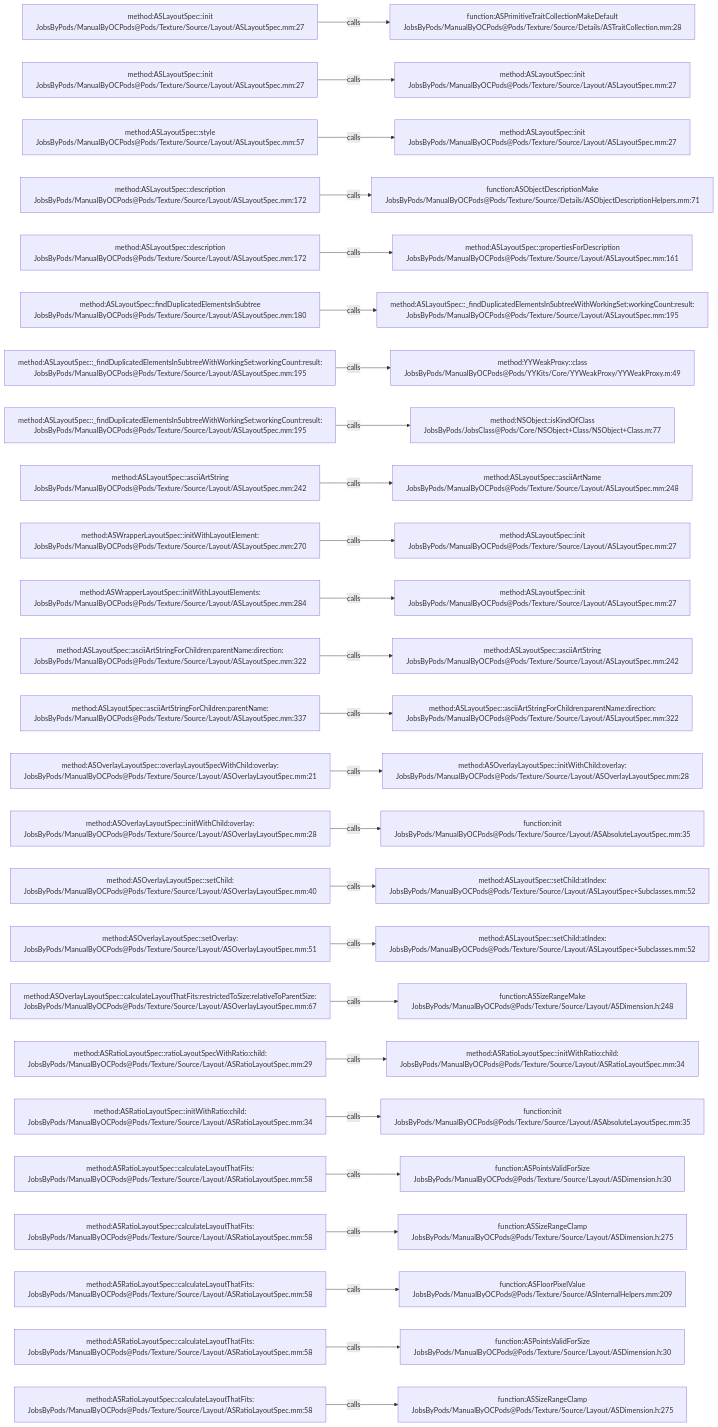
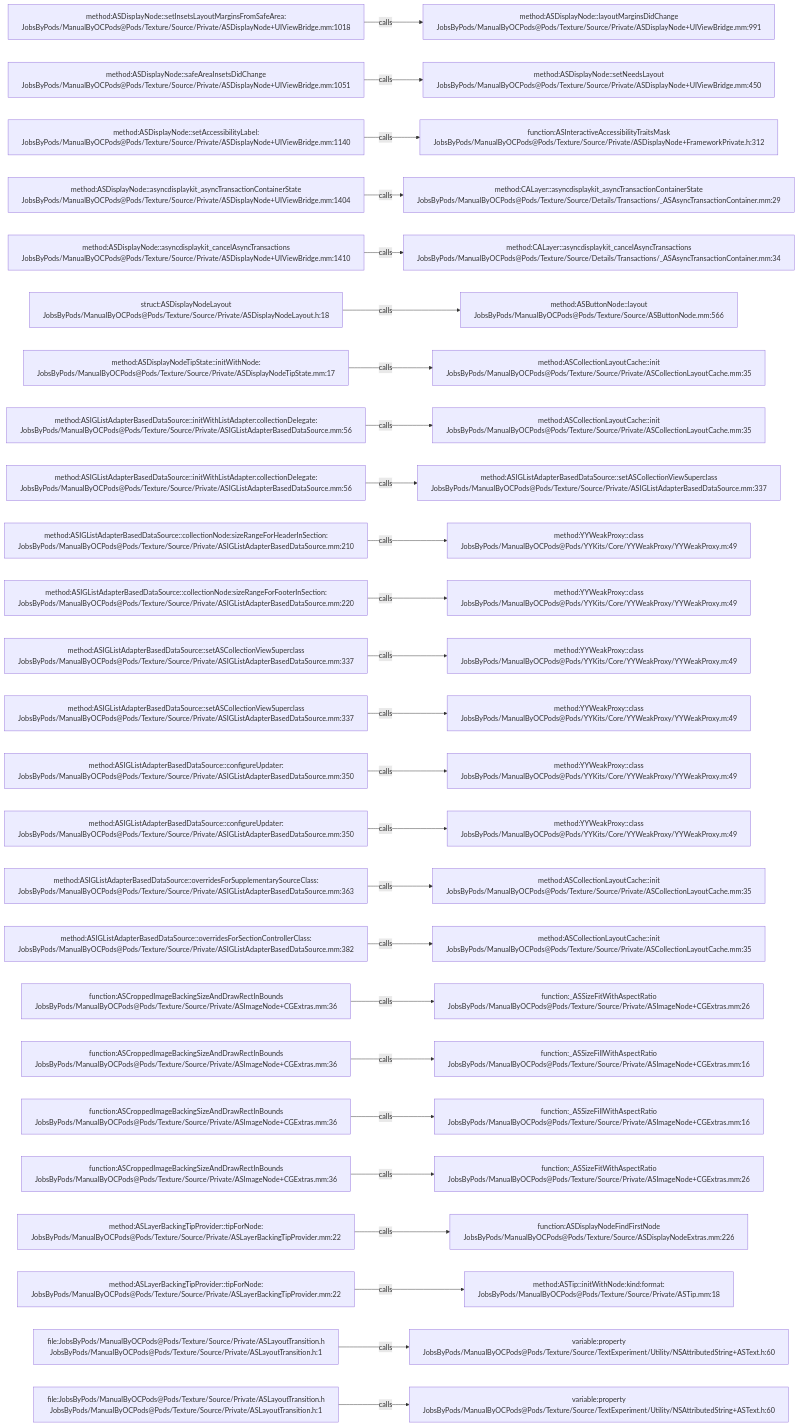
One commit to JobsKits/JobsOCBaseConfigDemo changed the diagram in .codegraph/codegraph.md/graphs/calls-173.md. Above: the diagram before and after it, drawn with Mermaid. The commit also changed 2723 other files, not shown here.

````diff
--- a/.codegraph/codegraph.md/graphs/calls-173.md
+++ b/.codegraph/codegraph.md/graphs/calls-173.md
@@ -13,78 +13,78 @@
 ```mermaid
 flowchart LR
-  S1["method:ASLayoutSpec::init<br/>JobsByPods/ManualByOCPods@Pods/Texture/Source/Layout/ASLayoutSpec.mm:27"]
-  T1["function:ASPrimitiveTraitCollectionMakeDefault<br/>JobsByPods/ManualByOCPods@Pods/Texture/Source/Details/ASTraitCollection.mm:28"]
+  S1["method:ASDisplayNode::setInsetsLayoutMarginsFromSafeArea:<br/>JobsByPods/ManualByOCPods@Pods/Texture/Source/Private/ASDisplayNode+UIViewBridge.mm:1018"]
+  T1["method:ASDisplayNode::layoutMarginsDidChange<br/>JobsByPods/ManualByOCPods@Pods/Texture/Source/Private/ASDisplayNode+UIViewBridge.mm:991"]
   S1 -->|calls| T1
-  S2["method:ASLayoutSpec::init<br/>JobsByPods/ManualByOCPods@Pods/Texture/Source/Layout/ASLayoutSpec.mm:27"]
-  T2["method:ASLayoutSpec::init<br/>JobsByPods/ManualByOCPods@Pods/Texture/Source/Layout/ASLayoutSpec.mm:27"]
+  S2["method:ASDisplayNode::safeAreaInsetsDidChange<br/>JobsByPods/ManualByOCPods@Pods/Texture/Source/Private/ASDisplayNode+UIViewBridge.mm:1051"]
+  T2["method:ASDisplayNode::setNeedsLayout<br/>JobsByPods/ManualByOCPods@Pods/Texture/Source/Private/ASDisplayNode+UIViewBridge.mm:450"]
   S2 -->|calls| T2
-  S3["method:ASLayoutSpec::style<br/>JobsByPods/ManualByOCPods@Pods/Texture/Source/Layout/ASLayoutSpec.mm:57"]
-  T3["method:ASLayoutSpec::init<br/>JobsByPods/ManualByOCPods@Pods/Texture/Source/Layout/ASLayoutSpec.mm:27"]
+  S3["method:ASDisplayNode::setAccessibilityLabel:<br/>JobsByPods/ManualByOCPods@Pods/Texture/Source/Private/ASDisplayNode+UIViewBridge.mm:1140"]
+  T3["function:ASInteractiveAccessibilityTraitsMask<br/>JobsByPods/ManualByOCPods@Pods/Texture/Source/Private/ASDisplayNode+FrameworkPrivate.h:312"]
   S3 -->|calls| T3
-  S4["method:ASLayoutSpec::description<br/>JobsByPods/ManualByOCPods@Pods/Texture/Source/Layout/ASLayoutSpec.mm:172"]
-  T4["function:ASObjectDescriptionMake<br/>JobsByPods/ManualByOCPods@Pods/Texture/Source/Details/ASObjectDescriptionHelpers.mm:71"]
+  S4["method:ASDisplayNode::asyncdisplaykit_asyncTransactionContainerState<br/>JobsByPods/ManualByOCPods@Pods/Texture/Source/Private/ASDisplayNode+UIViewBridge.mm:1404"]
+  T4["method:CALayer::asyncdisplaykit_asyncTransactionContainerState<br/>JobsByPods/ManualByOCPods@Pods/Texture/Source/Details/Transactions/_ASAsyncTransactionContainer.mm:29"]
   S4 -->|calls| T4
-  S5["method:ASLayoutSpec::description<br/>JobsByPods/ManualByOCPods@Pods/Texture/Source/Layout/ASLayoutSpec.mm:172"]
-  T5["method:ASLayoutSpec::propertiesForDescription<br/>JobsByPods/ManualByOCPods@Pods/Texture/Source/Layout/ASLayoutSpec.mm:161"]
+  S5["method:ASDisplayNode::asyncdisplaykit_cancelAsyncTransactions<br/>JobsByPods/ManualByOCPods@Pods/Texture/Source/Private/ASDisplayNode+UIViewBridge.mm:1410"]
+  T5["method:CALayer::asyncdisplaykit_cancelAsyncTransactions<br/>JobsByPods/ManualByOCPods@Pods/Texture/Source/Details/Transactions/_ASAsyncTransactionContainer.mm:34"]
   S5 -->|calls| T5
-  S6["method:ASLayoutSpec::findDuplicatedElementsInSubtree<br/>JobsByPods/ManualByOCPods@Pods/Texture/Source/Layout/ASLayoutSpec.mm:180"]
-  T6["method:ASLayoutSpec::_findDuplicatedElementsInSubtreeWithWorkingSet:workingCount:result:<br/>JobsByPods/ManualByOCPods@Pods/Texture/Source/Layout/ASLayoutSpec.mm:195"]
+  S6["struct:ASDisplayNodeLayout<br/>JobsByPods/ManualByOCPods@Pods/Texture/Source/Private/ASDisplayNodeLayout.h:18"]
+  T6["method:ASButtonNode::layout<br/>JobsByPods/ManualByOCPods@Pods/Texture/Source/ASButtonNode.mm:566"]
   S6 -->|calls| T6
-  S7["method:ASLayoutSpec::_findDuplicatedElementsInSubtreeWithWorkingSet:workingCount:result:<br/>JobsByPods/ManualByOCPods@Pods/Texture/Source/Layout/ASLayoutSpec.mm:195"]
-  T7["method:YYWeakProxy::class<br/>JobsByPods/ManualByOCPods@Pods/YYKits/Core/YYWeakProxy/YYWeakProxy.m:49"]
+  S7["method:ASDisplayNodeTipState::initWithNode:<br/>JobsByPods/ManualByOCPods@Pods/Texture/Source/Private/ASDisplayNodeTipState.mm:17"]
+  T7["method:ASCollectionLayoutCache::init<br/>JobsByPods/ManualByOCPods@Pods/Texture/Source/Private/ASCollectionLayoutCache.mm:35"]
   S7 -->|calls| T7
-  S8["method:ASLayoutSpec::_findDuplicatedElementsInSubtreeWithWorkingSet:workingCount:result:<br/>JobsByPods/ManualByOCPods@Pods/Texture/Source/Layout/ASLayoutSpec.mm:195"]
-  T8["method:NSObject::isKindOfClass<br/>JobsByPods/JobsClass@Pods/Core/NSObject+Class/NSObject+Class.m:77"]
+  S8["method:ASIGListAdapterBasedDataSource::initWithListAdapter:collectionDelegate:<br/>JobsByPods/ManualByOCPods@Pods/Texture/Source/Private/ASIGListAdapterBasedDataSource.mm:56"]
+  T8["method:ASCollectionLayoutCache::init<br/>JobsByPods/ManualByOCPods@Pods/Texture/Source/Private/ASCollectionLayoutCache.mm:35"]
   S8 -->|calls| T8
-  S9["method:ASLayoutSpec::asciiArtString<br/>JobsByPods/ManualByOCPods@Pods/Texture/Source/Layout/ASLayoutSpec.mm:242"]
-  T9["method:ASLayoutSpec::asciiArtName<br/>JobsByPods/ManualByOCPods@Pods/Texture/Source/Layout/ASLayoutSpec.mm:248"]
+  S9["method:ASIGListAdapterBasedDataSource::initWithListAdapter:collectionDelegate:<br/>JobsByPods/ManualByOCPods@Pods/Texture/Source/Private/ASIGListAdapterBasedDataSource.mm:56"]
+  T9["method:ASIGListAdapterBasedDataSource::setASCollectionViewSuperclass<br/>JobsByPods/ManualByOCPods@Pods/Texture/Source/Private/ASIGListAdapterBasedDataSource.mm:337"]
   S9 -->|calls| T9
-  S10["method:ASWrapperLayoutSpec::initWithLayoutElement:<br/>JobsByPods/ManualByOCPods@Pods/Texture/Source/Layout/ASLayoutSpec.mm:270"]
-  T10["method:ASLayoutSpec::init<br/>JobsByPods/ManualByOCPods@Pods/Texture/Source/Layout/ASLayoutSpec.mm:27"]
+  S10["method:ASIGListAdapterBasedDataSource::collectionNode:sizeRangeForHeaderInSection:<br/>JobsByPods/ManualByOCPods@Pods/Texture/Source/Private/ASIGListAdapterBasedDataSource.mm:210"]
+  T10["method:YYWeakProxy::class<br/>JobsByPods/ManualByOCPods@Pods/YYKits/Core/YYWeakProxy/YYWeakProxy.m:49"]
   S10 -->|calls| T10
-  S11["method:ASWrapperLayoutSpec::initWithLayoutElements:<br/>JobsByPods/ManualByOCPods@Pods/Texture/Source/Layout/ASLayoutSpec.mm:284"]
-  T11["method:ASLayoutSpec::init<br/>JobsByPods/ManualByOCPods@Pods/Texture/Source/Layout/ASLayoutSpec.mm:27"]
+  S11["method:ASIGListAdapterBasedDataSource::collectionNode:sizeRangeForFooterInSection:<br/>JobsByPods/ManualByOCPods@Pods/Texture/Source/Private/ASIGListAdapterBasedDataSource.mm:220"]
+  T11["method:YYWeakProxy::class<br/>JobsByPods/ManualByOCPods@Pods/YYKits/Core/YYWeakProxy/YYWeakProxy.m:49"]
   S11 -->|calls| T11
-  S12["method:ASLayoutSpec::asciiArtStringForChildren:parentName:direction:<br/>JobsByPods/ManualByOCPods@Pods/Texture/Source/Layout/ASLayoutSpec.mm:322"]
-  T12["method:ASLayoutSpec::asciiArtString<br/>JobsByPods/ManualByOCPods@Pods/Texture/Source/Layout/ASLayoutSpec.mm:242"]
+  S12["method:ASIGListAdapterBasedDataSource::setASCollectionViewSuperclass<br/>JobsByPods/ManualByOCPods@Pods/Texture/Source/Private/ASIGListAdapterBasedDataSource.mm:337"]
+  T12["method:YYWeakProxy::class<br/>JobsByPods/ManualByOCPods@Pods/YYKits/Core/YYWeakProxy/YYWeakProxy.m:49"]
   S12 -->|calls| T12
-  S13["method:ASLayoutSpec::asciiArtStringForChildren:parentName:<br/>JobsByPods/ManualByOCPods@Pods/Texture/Source/Layout/ASLayoutSpec.mm:337"]
-  T13["method:ASLayoutSpec::asciiArtStringForChildren:parentName:direction:<br/>JobsByPods/ManualByOCPods@Pods/Texture/Source/Layout/ASLayoutSpec.mm:322"]
+  S13["method:ASIGListAdapterBasedDataSource::setASCollectionViewSuperclass<br/>JobsByPods/ManualByOCPods@Pods/Texture/Source/Private/ASIGListAdapterBasedDataSource.mm:337"]
+  T13["method:YYWeakProxy::class<br/>JobsByPods/ManualByOCPods@Pods/YYKits/Core/YYWeakProxy/YYWeakProxy.m:49"]
   S13 -->|calls| T13
-  S14["method:ASOverlayLayoutSpec::overlayLayoutSpecWithChild:overlay:<br/>JobsByPods/ManualByOCPods@Pods/Texture/Source/Layout/ASOverlayLayoutSpec.mm:21"]
-  T14["method:ASOverlayLayoutSpec::initWithChild:overlay:<br/>JobsByPods/ManualByOCPods@Pods/Texture/Source/Layout/ASOverlayLayoutSpec.mm:28"]
+  S14["method:ASIGListAdapterBasedDataSource::configureUpdater:<br/>JobsByPods/ManualByOCPods@Pods/Texture/Source/Private/ASIGListAdapterBasedDataSource.mm:350"]
+  T14["method:YYWeakProxy::class<br/>JobsByPods/ManualByOCPods@Pods/YYKits/Core/YYWeakProxy/YYWeakProxy.m:49"]
   S14 -->|calls| T14
-  S15["method:ASOverlayLayoutSpec::initWithChild:overlay:<br/>JobsByPods/ManualByOCPods@Pods/Texture/Source/Layout/ASOverlayLayoutSpec.mm:28"]
-  T15["function:init<br/>JobsByPods/ManualByOCPods@Pods/Texture/Source/Layout/ASAbsoluteLayoutSpec.mm:35"]
+  S15["method:ASIGListAdapterBasedDataSource::configureUpdater:<br/>JobsByPods/ManualByOCPods@Pods/Texture/Source/Private/ASIGListAdapterBasedDataSource.mm:350"]
+  T15["method:YYWeakProxy::class<br/>JobsByPods/ManualByOCPods@Pods/YYKits/Core/YYWeakProxy/YYWeakProxy.m:49"]
   S15 -->|calls| T15
-  S16["method:ASOverlayLayoutSpec::setChild:<br/>JobsByPods/ManualByOCPods@Pods/Texture/Source/Layout/ASOverlayLayoutSpec.mm:40"]
-  T16["method:ASLayoutSpec::setChild:atIndex:<br/>JobsByPods/ManualByOCPods@Pods/Texture/Source/Layout/ASLayoutSpec+Subclasses.mm:52"]
+  S16["method:ASIGListAdapterBasedDataSource::overridesForSupplementarySourceClass:<br/>JobsByPods/ManualByOCPods@Pods/Texture/Source/Private/ASIGListAdapterBasedDataSource.mm:363"]
+  T16["method:ASCollectionLayoutCache::init<br/>JobsByPods/ManualByOCPods@Pods/Texture/Source/Private/ASCollectionLayoutCache.mm:35"]
   S16 -->|calls| T16
-  S17["method:ASOverlayLayoutSpec::setOverlay:<br/>JobsByPods/ManualByOCPods@Pods/Texture/Source/Layout/ASOverlayLayoutSpec.mm:51"]
-  T17["method:ASLayoutSpec::setChild:atIndex:<br/>JobsByPods/ManualByOCPods@Pods/Texture/Source/Layout/ASLayoutSpec+Subclasses.mm:52"]
+  S17["method:ASIGListAdapterBasedDataSource::overridesForSectionControllerClass:<br/>JobsByPods/ManualByOCPods@Pods/Texture/Source/Private/ASIGListAdapterBasedDataSource.mm:382"]
+  T17["method:ASCollectionLayoutCache::init<br/>JobsByPods/ManualByOCPods@Pods/Texture/Source/Private/ASCollectionLayoutCache.mm:35"]
   S17 -->|calls| T17
-  S18["method:ASOverlayLayoutSpec::calculateLayoutThatFits:restrictedToSize:relativeToParentSize:<br/>JobsByPods/ManualByOCPods@Pods/Texture/Source/Layout/ASOverlayLayoutSpec.mm:67"]
-  T18["function:ASSizeRangeMake<br/>JobsByPods/ManualByOCPods@Pods/Texture/Source/Layout/ASDimension.h:248"]
+  S18["function:ASCroppedImageBackingSizeAndDrawRectInBounds<br/>JobsByPods/ManualByOCPods@Pods/Texture/Source/Private/ASImageNode+CGExtras.mm:36"]
+  T18["function:_ASSizeFitWithAspectRatio<br/>JobsByPods/ManualByOCPods@Pods/Texture/Source/Private/ASImageNode+CGExtras.mm:26"]
   S18 -->|calls| T18
-  S19["method:ASRatioLayoutSpec::ratioLayoutSpecWithRatio:child:<br/>JobsByPods/ManualByOCPods@Pods/Texture/Source/Layout/ASRatioLayoutSpec.mm:29"]
-  T19["method:ASRatioLayoutSpec::initWithRatio:child:<br/>JobsByPods/ManualByOCPods@Pods/Texture/Source/Layout/ASRatioLayoutSpec.mm:34"]
+  S19["function:ASCroppedImageBackingSizeAndDrawRectInBounds<br/>JobsByPods/ManualByOCPods@Pods/Texture/Source/Private/ASImageNode+CGExtras.mm:36"]
+  T19["function:_ASSizeFillWithAspectRatio<br/>JobsByPods/ManualByOCPods@Pods/Texture/Source/Private/ASImageNode+CGExtras.mm:16"]
   S19 -->|calls| T19
-  S20["method:ASRatioLayoutSpec::initWithRatio:child:<br/>JobsByPods/ManualByOCPods@Pods/Texture/Source/Layout/ASRatioLayoutSpec.mm:34"]
-  T20["function:init<br/>JobsByPods/ManualByOCPods@Pods/Texture/Source/Layout/ASAbsoluteLayoutSpec.mm:35"]
+  S20["function:ASCroppedImageBackingSizeAndDrawRectInBounds<br/>JobsByPods/ManualByOCPods@Pods/Texture/Source/Private/ASImageNode+CGExtras.mm:36"]
+  T20["function:_ASSizeFillWithAspectRatio<br/>JobsByPods/ManualByOCPods@Pods/Texture/Source/Private/ASImageNode+CGExtras.mm:16"]
   S20 -->|calls| T20
-  S21["method:ASRatioLayoutSpec::calculateLayoutThatFits:<br/>JobsByPods/ManualByOCPods@Pods/Texture/Source/Layout/ASRatioLayoutSpec.mm:58"]
-  T21["function:ASPointsValidForSize<br/>JobsByPods/ManualByOCPods@Pods/Texture/Source/Layout/ASDimension.h:30"]
+  S21["function:ASCroppedImageBackingSizeAndDrawRectInBounds<br/>JobsByPods/ManualByOCPods@Pods/Texture/Source/Private/ASImageNode+CGExtras.mm:36"]
+  T21["function:_ASSizeFitWithAspectRatio<br/>JobsByPods/ManualByOCPods@Pods/Texture/Source/Private/ASImageNode+CGExtras.mm:26"]
   S21 -->|calls| T21
-  S22["method:ASRatioLayoutSpec::calculateLayoutThatFits:<br/>JobsByPods/ManualByOCPods@Pods/Texture/Source/Layout/ASRatioLayoutSpec.mm:58"]
-  T22["function:ASSizeRangeClamp<br/>JobsByPods/ManualByOCPods@Pods/Texture/Source/Layout/ASDimension.h:275"]
+  S22["method:ASLayerBackingTipProvider::tipForNode:<br/>JobsByPods/ManualByOCPods@Pods/Texture/Source/Private/ASLayerBackingTipProvider.mm:22"]
+  T22["function:ASDisplayNodeFindFirstNode<br/>JobsByPods/ManualByOCPods@Pods/Texture/Source/ASDisplayNodeExtras.mm:226"]
   S22 -->|calls| T22
-  S23["method:ASRatioLayoutSpec::calculateLayoutThatFits:<br/>JobsByPods/ManualByOCPods@Pods/Texture/Source/Layout/ASRatioLayoutSpec.mm:58"]
-  T23["function:ASFloorPixelValue<br/>JobsByPods/ManualByOCPods@Pods/Texture/Source/ASInternalHelpers.mm:209"]
+  S23["method:ASLayerBackingTipProvider::tipForNode:<br/>JobsByPods/ManualByOCPods@Pods/Texture/Source/Private/ASLayerBackingTipProvider.mm:22"]
+  T23["method:ASTip::initWithNode:kind:format:<br/>JobsByPods/ManualByOCPods@Pods/Texture/Source/Private/ASTip.mm:18"]
   S23 -->|calls| T23
-  S24["method:ASRatioLayoutSpec::calculateLayoutThatFits:<br/>JobsByPods/ManualByOCPods@Pods/Texture/Source/Layout/ASRatioLayoutSpec.mm:58"]
-  T24["function:ASPointsValidForSize<br/>JobsByPods/ManualByOCPods@Pods/Texture/Source/Layout/ASDimension.h:30"]
+  S24["file:JobsByPods/ManualByOCPods@Pods/Texture/Source/Private/ASLayoutTransition.h<br/>JobsByPods/ManualByOCPods@Pods/Texture/Source/Private/ASLayoutTransition.h:1"]
+  T24["variable:property<br/>JobsByPods/ManualByOCPods@Pods/Texture/Source/TextExperiment/Utility/NSAttributedString+ASText.h:60"]
   S24 -->|calls| T24
-  S25["method:ASRatioLayoutSpec::calculateLayoutThatFits:<br/>JobsByPods/ManualByOCPods@Pods/Texture/Source/Layout/ASRatioLayoutSpec.mm:58"]
-  T25["function:ASSizeRangeClamp<br/>JobsByPods/ManualByOCPods@Pods/Texture/Source/Layout/ASDimension.h:275"]
+  S25["file:JobsByPods/ManualByOCPods@Pods/Texture/Source/Private/ASLayoutTransition.h<br/>JobsByPods/ManualByOCPods@Pods/Texture/Source/Private/ASLayoutTransition.h:1"]
+  T25["variable:property<br/>JobsByPods/ManualByOCPods@Pods/Texture/Source/TextExperiment/Utility/NSAttributedString+ASText.h:60"]
   S25 -->|calls| T25
 ```
````
